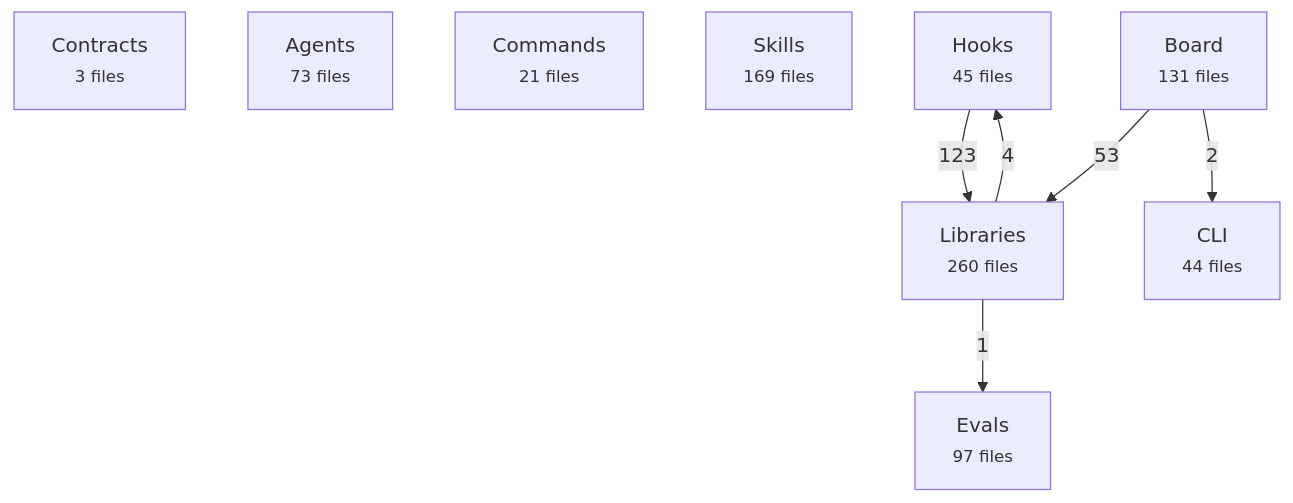
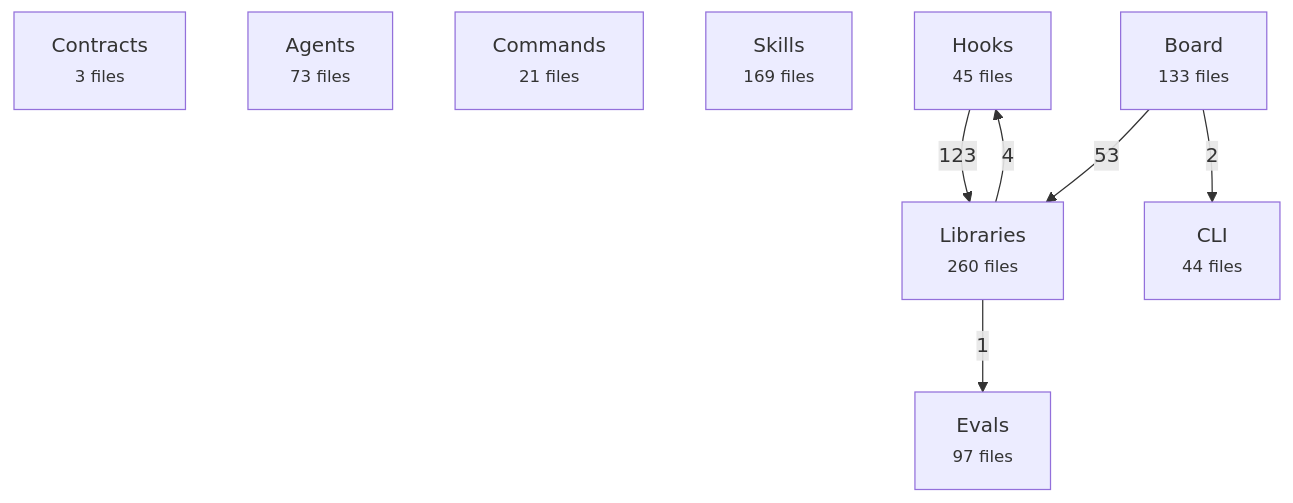
The first of 2 diagrams in docs/reference/architecture-map.md (avelikiy/great_cto), drawn with Mermaid before and after one commit. The commit also changed other lines of this file, not shown here.

Commit message:
docs: regenerate architecture map after merging #267

````diff
--- a/docs/reference/architecture-map.md
+++ b/docs/reference/architecture-map.md
@@ -20,17 +20,17 @@
 ```mermaid
 flowchart TD
   contracts["Contracts<br/><small>3 files</small>"]
   agents["Agents<br/><small>73 files</small>"]
   commands["Commands<br/><small>21 files</small>"]
   skills["Skills<br/><small>169 files</small>"]
   hooks["Hooks<br/><small>45 files</small>"]
   libs["Libraries<br/><small>260 files</small>"]
-  board["Board<br/><small>131 files</small>"]
+  board["Board<br/><small>133 files</small>"]
   cli["CLI<br/><small>44 files</small>"]
   evals["Evals<br/><small>97 files</small>"]
   hooks -->|123| libs
   board -->|53| libs
   libs -->|4| hooks
   board -->|2| cli
   libs -->|1| evals
 ```
````
